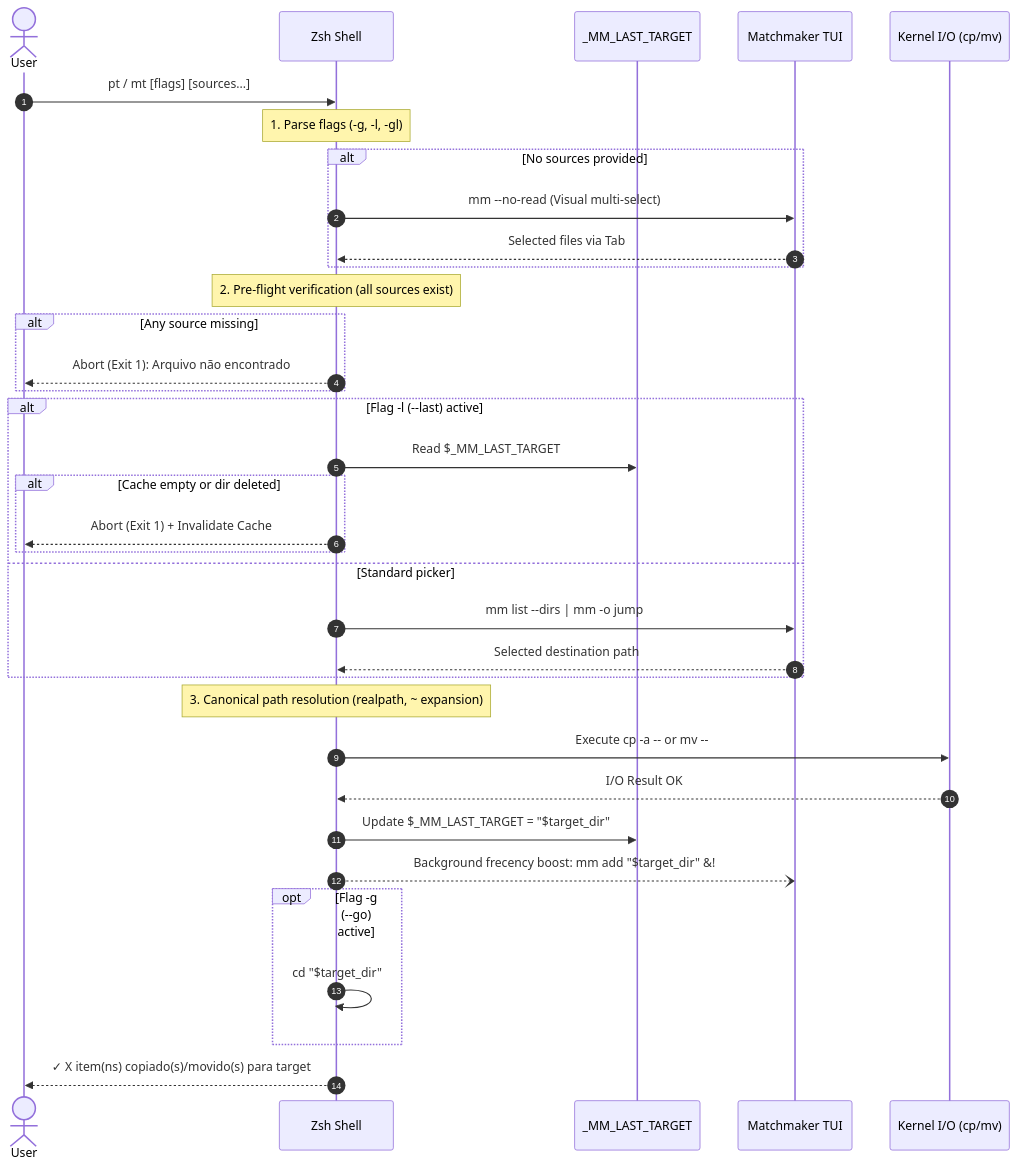
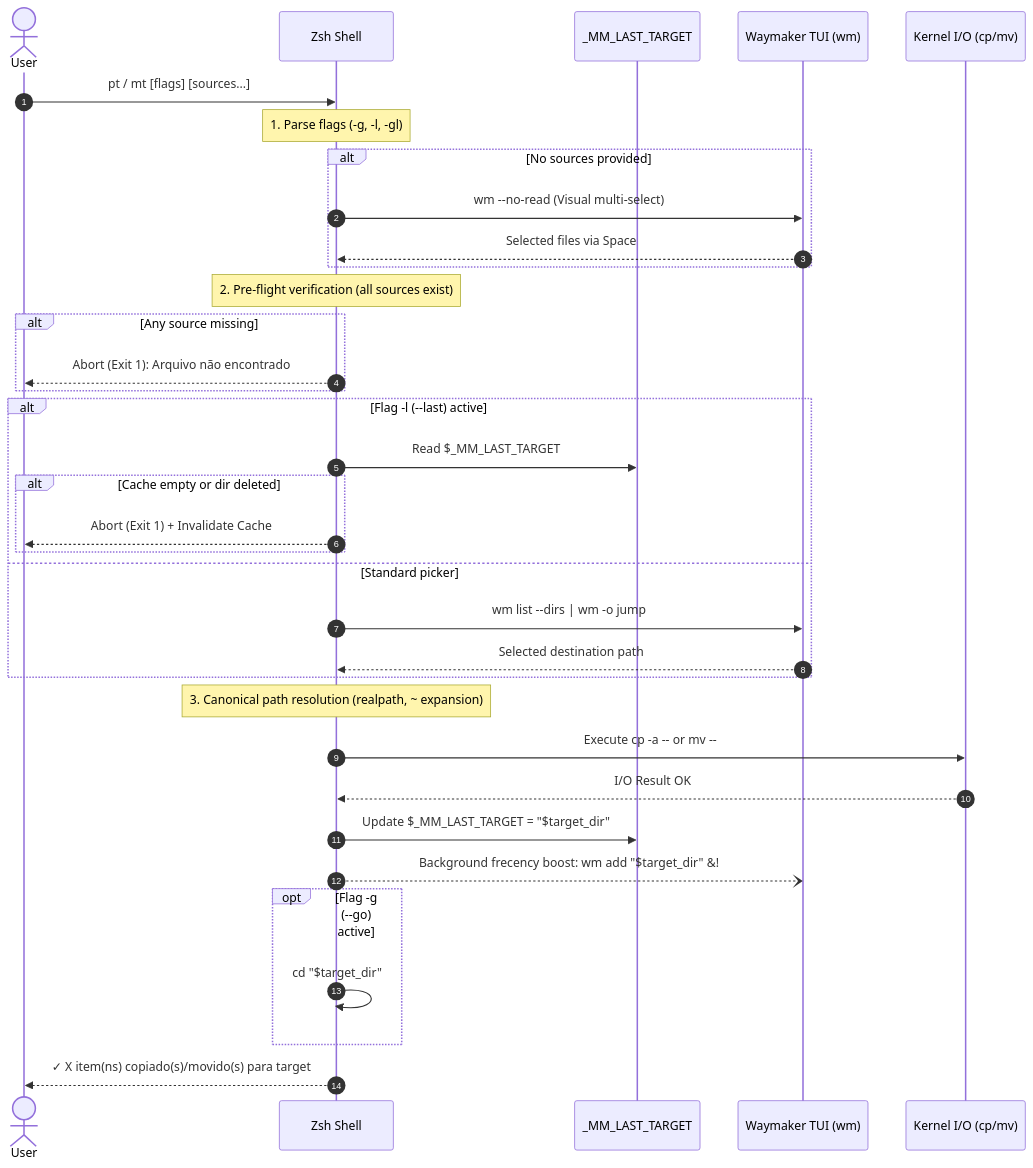
Before and after one commit to felipecm-br/.dotfiles: the second of 2 diagrams in docs/architecture/zero-friction-file-transfer-benchmark.md, drawn with Mermaid. The commit also changed other lines of this file and 48 other files, not shown here.

````diff
--- a/docs/architecture/zero-friction-file-transfer-benchmark.md
+++ b/docs/architecture/zero-friction-file-transfer-benchmark.md
@@ -161,38 +161,38 @@
 ```mermaid
 sequenceDiagram
     autonumber
     actor User
     participant Shell as Zsh Shell
     participant Cache as _MM_LAST_TARGET
-    participant MM as Matchmaker TUI
+    participant MM as Waymaker TUI (wm)
     participant POSIX as Kernel I/O (cp/mv)
 
     User->>Shell: pt / mt [flags] [sources...]
     Note over Shell: 1. Parse flags (-g, -l, -gl)
     alt No sources provided
-        Shell->>MM: mm --no-read (Visual multi-select)
-        MM-->>Shell: Selected files via Tab
+        Shell->>MM: wm --no-read (Visual multi-select)
+        MM-->>Shell: Selected files via Space
     end
     Note over Shell: 2. Pre-flight verification (all sources exist)
     alt Any source missing
         Shell-->>User: Abort (Exit 1): Arquivo não encontrado
     end
     alt Flag -l (--last) active
         Shell->>Cache: Read $_MM_LAST_TARGET
         alt Cache empty or dir deleted
             Shell-->>User: Abort (Exit 1) + Invalidate Cache
         end
     else Standard picker
-        Shell->>MM: mm list --dirs | mm -o jump
+        Shell->>MM: wm list --dirs | wm -o jump
         MM-->>Shell: Selected destination path
     end
     Note over Shell: 3. Canonical path resolution (realpath, ~ expansion)
     Shell->>POSIX: Execute cp -a -- or mv --
     POSIX-->>Shell: I/O Result OK
     Shell->>Cache: Update $_MM_LAST_TARGET = "$target_dir"
-    Shell--)MM: Background frecency boost: mm add "$target_dir" &!
+    Shell--)MM: Background frecency boost: wm add "$target_dir" &!
     opt Flag -g (--go) active
         Shell->>Shell: cd "$target_dir"
     end
     Shell-->>User: ✓ X item(ns) copiado(s)/movido(s) para target
 ```
````
